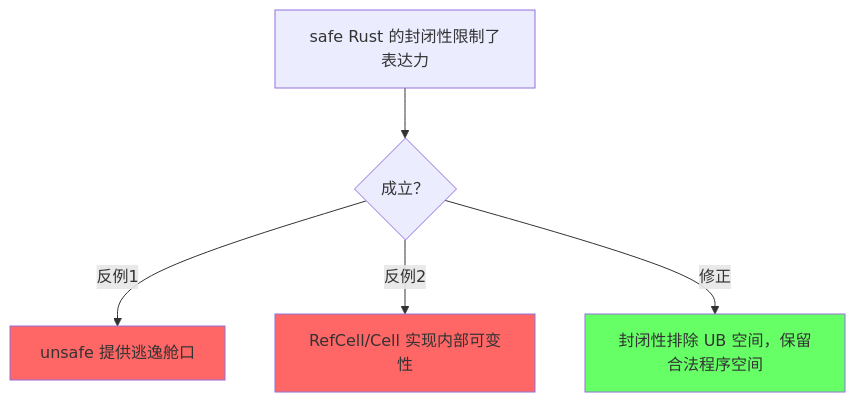
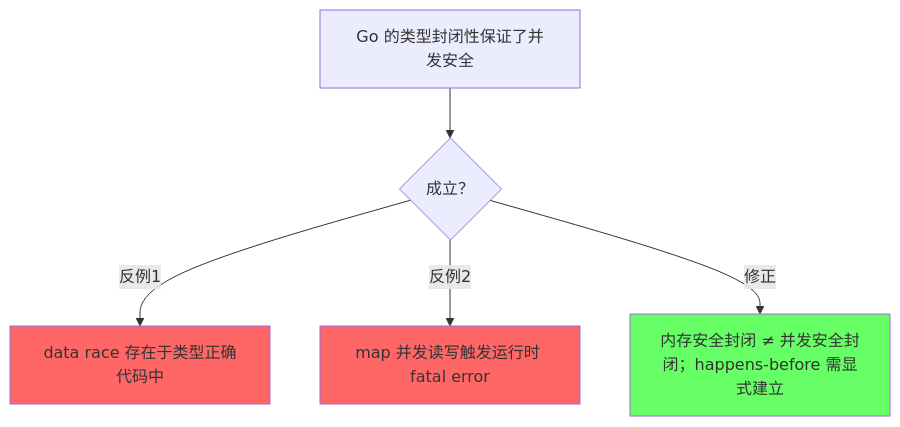
One commit to AdaMartin18010/golang changed the fourth of 5 diagrams in .kimi/templates/kimi_semantic_space_page_template.md. Above: the diagram before and after it, drawn with Mermaid. The commit also changed other lines of this file and 86 other files, not shown here.

````diff
--- a/.kimi/templates/kimi_semantic_space_page_template.md
+++ b/.kimi/templates/kimi_semantic_space_page_template.md
@@ -283,10 +310,10 @@
 ```mermaid
 graph TD
-    P2["safe Rust 的封闭性限制了表达力"] --> Q2{成立？}
-    Q2 -->|反例1| C2_0["unsafe 提供逃逸舱口"]
-    Q2 -->|反例2| C2_1["RefCell/Cell 实现内部可变性"]
-    Q2 -->|修正| T2["封闭性排除 UB 空间，保留合法程序空间"]
+    P2["Go 的类型封闭性保证了并发安全"] --> Q2{成立？}
+    Q2 -->|反例1| C2_0["data race 存在于类型正确代码中"]
+    Q2 -->|反例2| C2_1["map 并发读写触发运行时 fatal error"]
+    Q2 -->|修正| T2["内存安全封闭 ≠ 并发安全封闭；happens-before 需显式建立"]
     style C2_0 fill:#f66
     style C2_1 fill:#f66
     style T2 fill:#6f6
 ```
````
